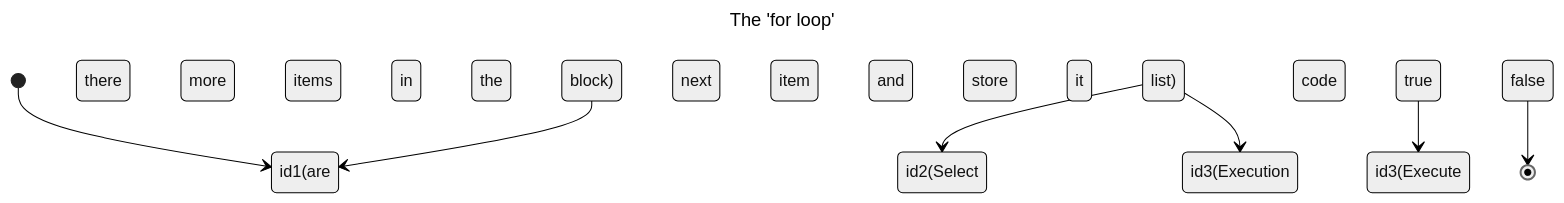
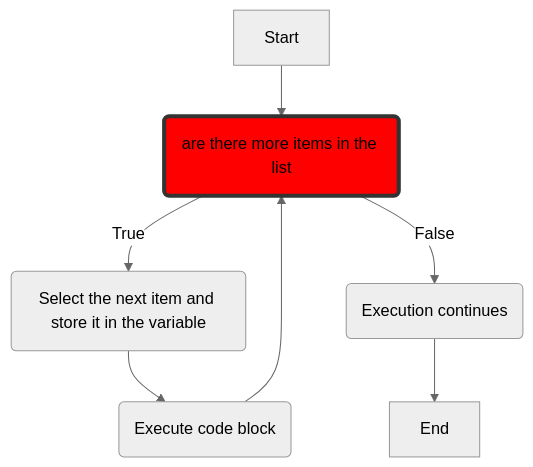
One commit to TuanDao-0110/Python_Course changed the seventh of 7 diagrams in readme.md. Above: the diagram before and after it, drawn with Mermaid (neutral theme).

````diff
--- a/readme.md
+++ b/readme.md
@@ -243,12 +243,10 @@
 ```mermaid
----
-title: The 'for loop'
----
-stateDiagram-v2
-    [*] --> id1(are there more items in the list)
-    id1(are there more items in the list) --> id2(Select the next item and store it in the variable) :true
-    id2(Select the next item and store it in the variable) --> id3(Execute code block)
-    id3(Execute code block) --> id1(are there more items in the list)
-    id1(are there more items in the list) --> id3(Execution continues) : false
-    id3(Execution continues) --> [*]
+flowchart TD
+    A[Start] -->  id1(are there more items in the list) 
+    style id1 fill:red,stroke:#333,stroke-width:4px
+    id1(are there more items in the list) --> |True| id2(Select the next item and store it in the variable)
+    id3(Execute code block) --> id1
+    id2 --> id3
+    id1 -->|False| id4(Execution continues)
+    id4 --> B[End]
 ```
````
